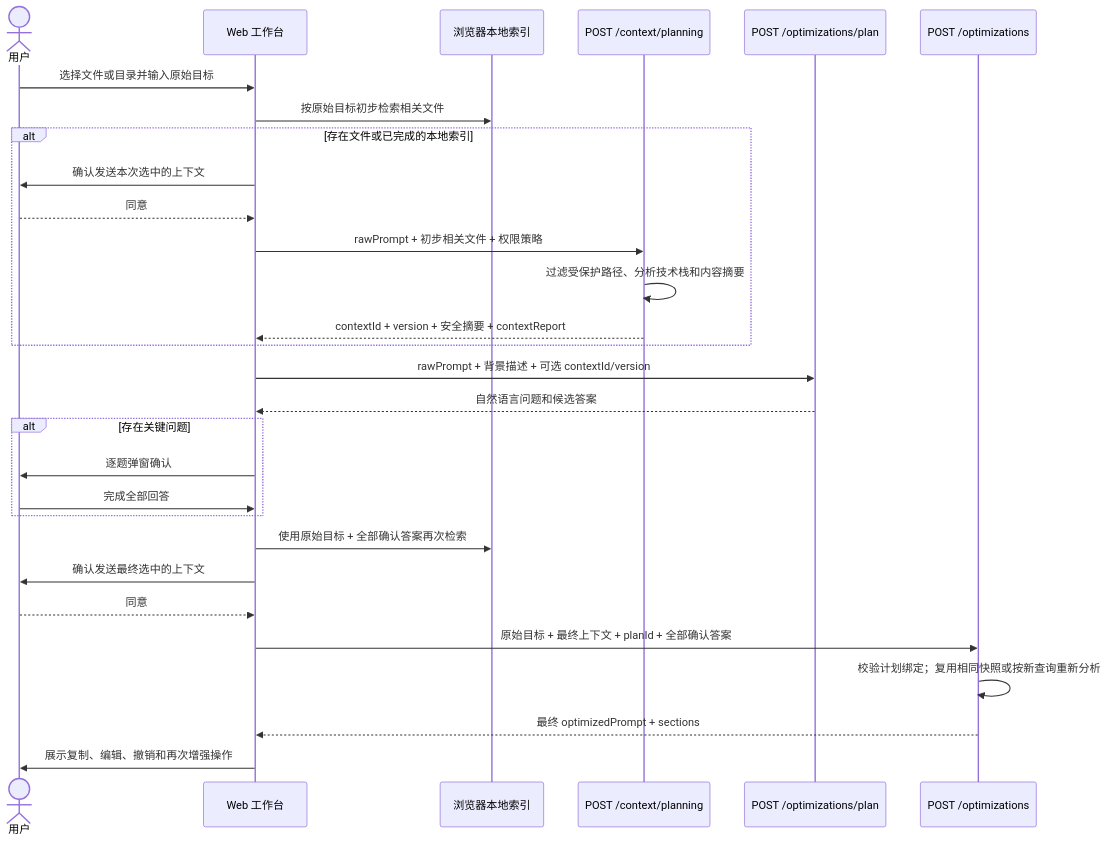
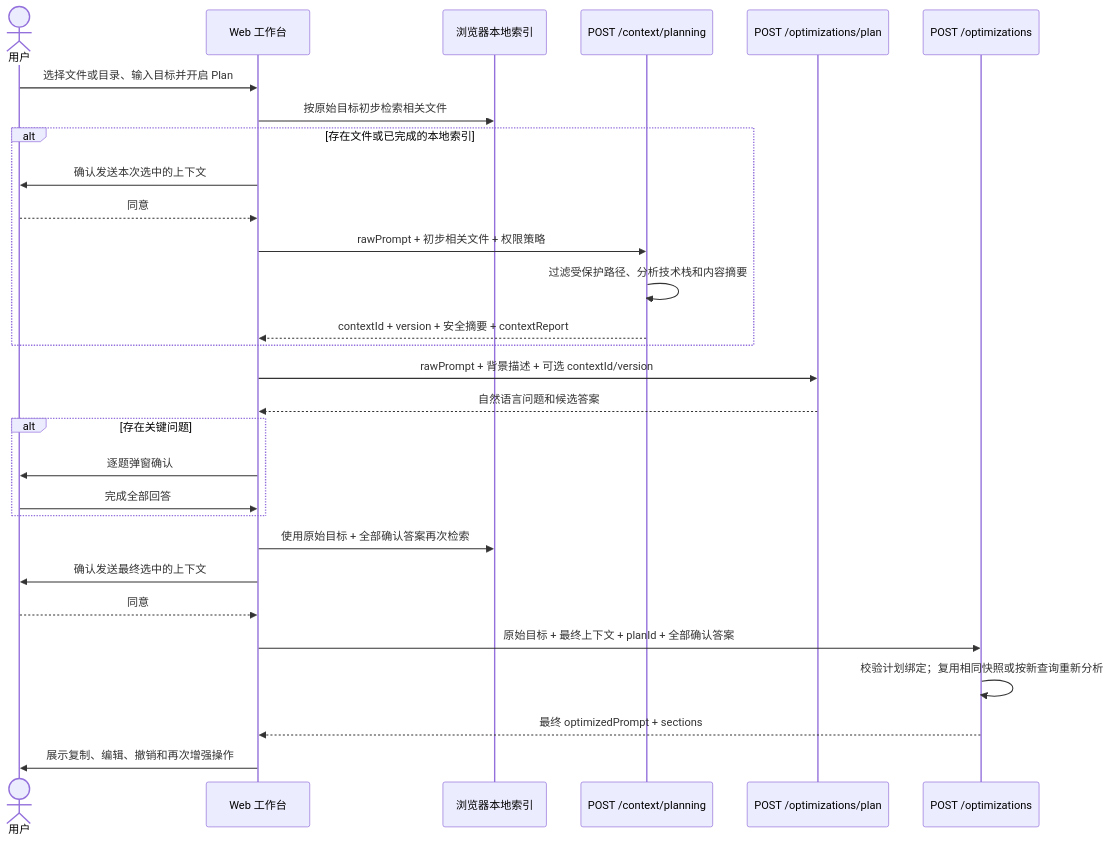
One commit to QingNiao0x/prompt-optimizer-platform changed the second of 2 diagrams in docs/12-内置Plan-Mode交互与接口.md. Above: the diagram before and after it, drawn with Mermaid. The commit also changed other lines of this file and 16 other files, not shown here.

````diff
--- a/docs/12-内置Plan-Mode交互与接口.md
+++ b/docs/12-内置Plan-Mode交互与接口.md
@@ -61,32 +67,32 @@
 ```mermaid
 sequenceDiagram
     actor U as 用户
     participant W as Web 工作台
     participant I as 浏览器本地索引
     participant C as POST /context/planning
     participant P as POST /optimizations/plan
     participant O as POST /optimizations
 
-    U->>W: 选择文件或目录并输入原始目标
+    U->>W: 选择文件或目录、输入目标并开启 Plan
     W->>I: 按原始目标初步检索相关文件
     alt 存在文件或已完成的本地索引
         W->>U: 确认发送本次选中的上下文
         U-->>W: 同意
         W->>C: rawPrompt + 初步相关文件 + 权限策略
         C->>C: 过滤受保护路径、分析技术栈和内容摘要
         C-->>W: contextId + version + 安全摘要 + contextReport
     end
     W->>P: rawPrompt + 背景描述 + 可选 contextId/version
     P-->>W: 自然语言问题和候选答案
     alt 存在关键问题
         W->>U: 逐题弹窗确认
         U->>W: 完成全部回答
     end
     W->>I: 使用原始目标 + 全部确认答案再次检索
     W->>U: 确认发送最终选中的上下文
     U-->>W: 同意
     W->>O: 原始目标 + 最终上下文 + planId + 全部确认答案
     O->>O: 校验计划绑定；复用相同快照或按新查询重新分析
     O-->>W: 最终 optimizedPrompt + sections
     W->>U: 展示复制、编辑、撤销和再次增强操作
 ```
````
